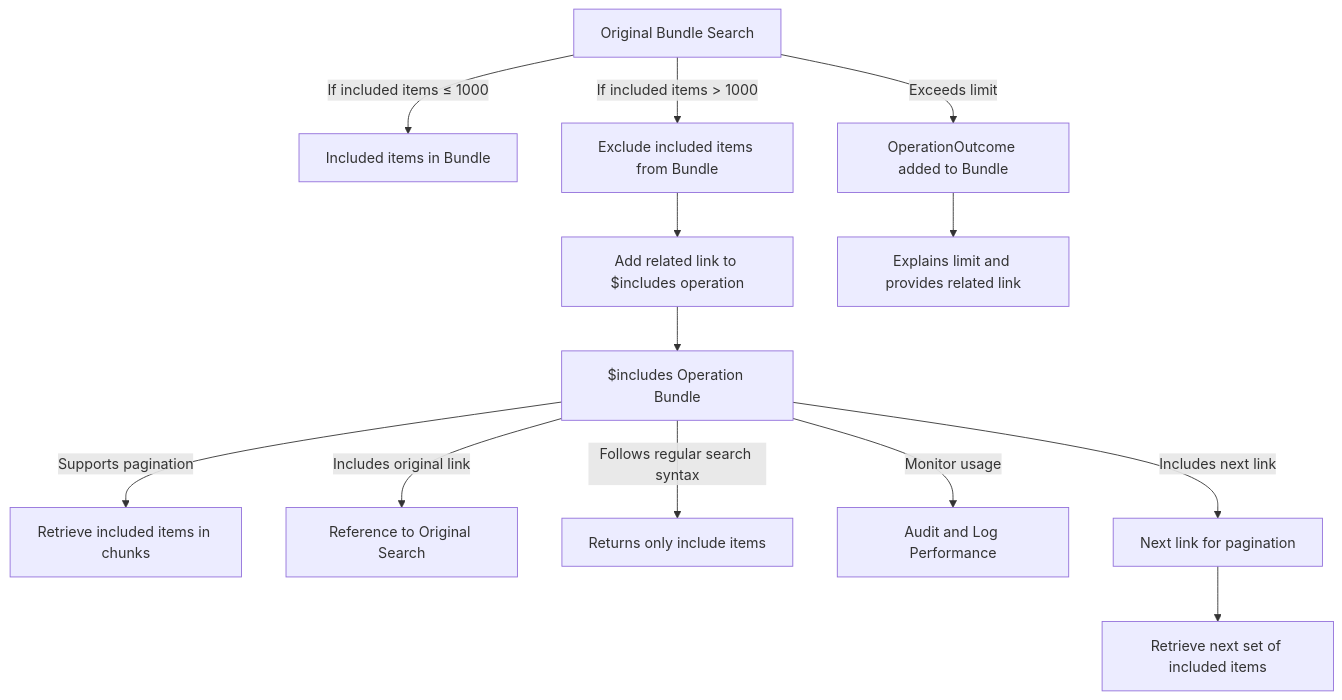
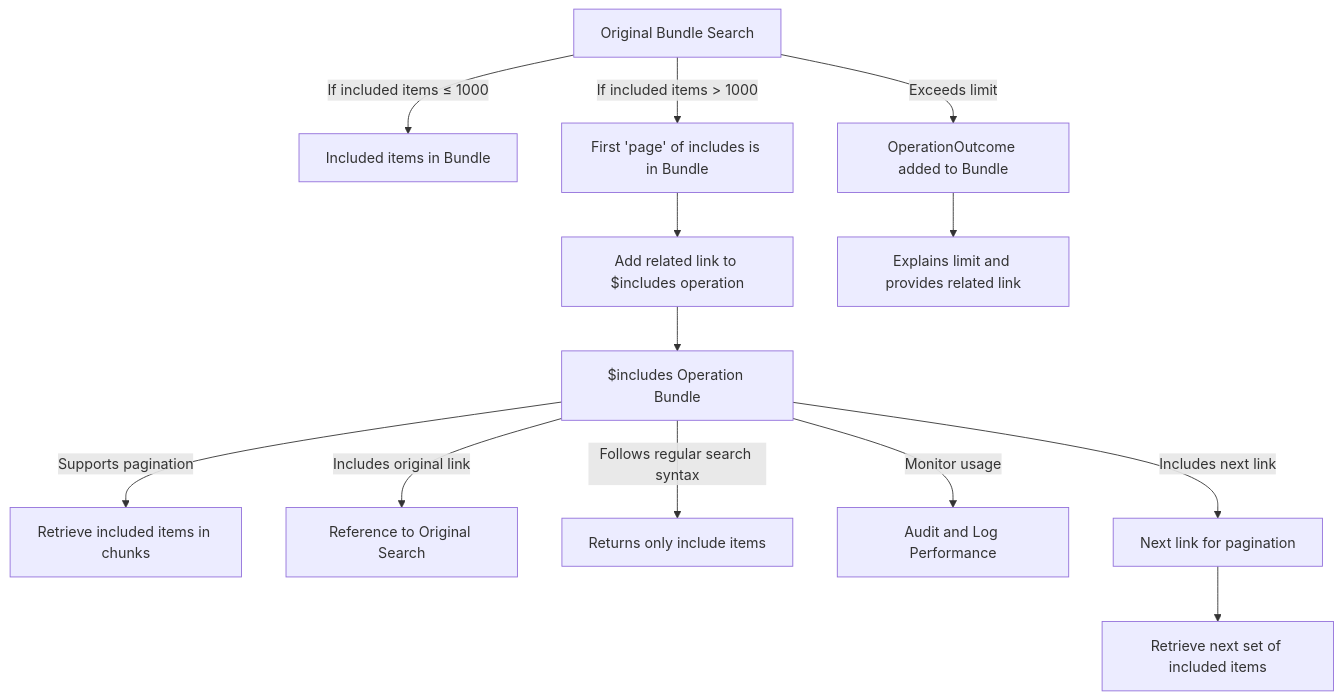
The diagram in docs/arch/Proposals/adr-2501-Bundle-include-operation.md (microsoft/fhir-server), drawn with Mermaid before and after one commit.

````diff
--- a/docs/arch/Proposals/adr-2501-Bundle-include-operation.md
+++ b/docs/arch/Proposals/adr-2501-Bundle-include-operation.md
@@ -22,17 +22,17 @@
 ```mermaid
 
 graph TD;
   A[Original Bundle Search] -->|If included items ≤ 1000| B[Included items in Bundle];
-  A -->|If included items > 1000| C[Exclude included items from Bundle];
+  A -->|If included items > 1000| C[First 'page' of includes is in Bundle];
   C --> D[Add related link to $includes operation];
   D --> E[$includes Operation Bundle];
   E -->|Supports pagination| F[Retrieve included items in chunks];
   E -->|Includes original link| G[Reference to Original Search];
   E -->|Follows regular search syntax| H[Returns only include items];
   A -->|Exceeds limit| I[OperationOutcome added to Bundle];
   I --> J[Explains limit and provides related link];
   E -->|Monitor usage| K[Audit and Log Performance];
   E -->|Includes next link| O[Next link for pagination];
   O --> P[Retrieve next set of included items];
 
 ```
````
